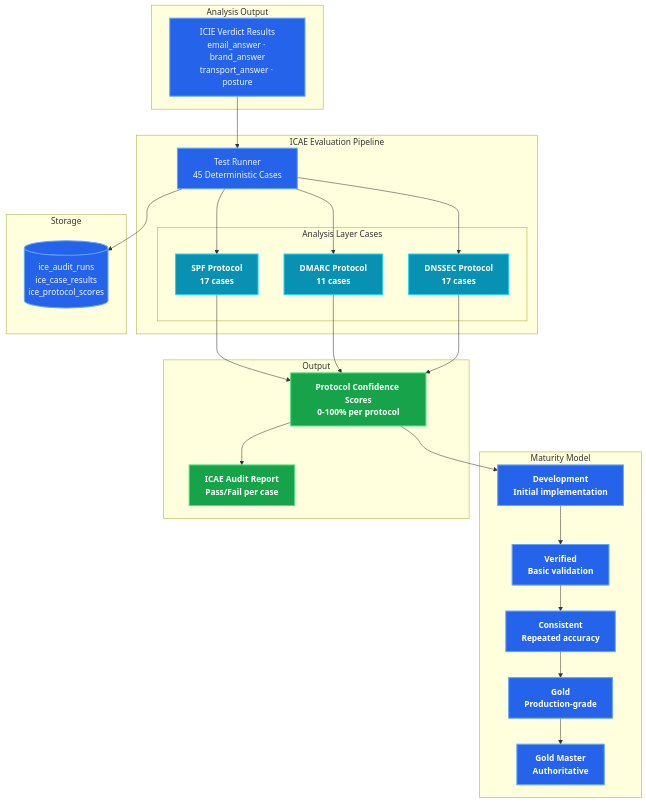
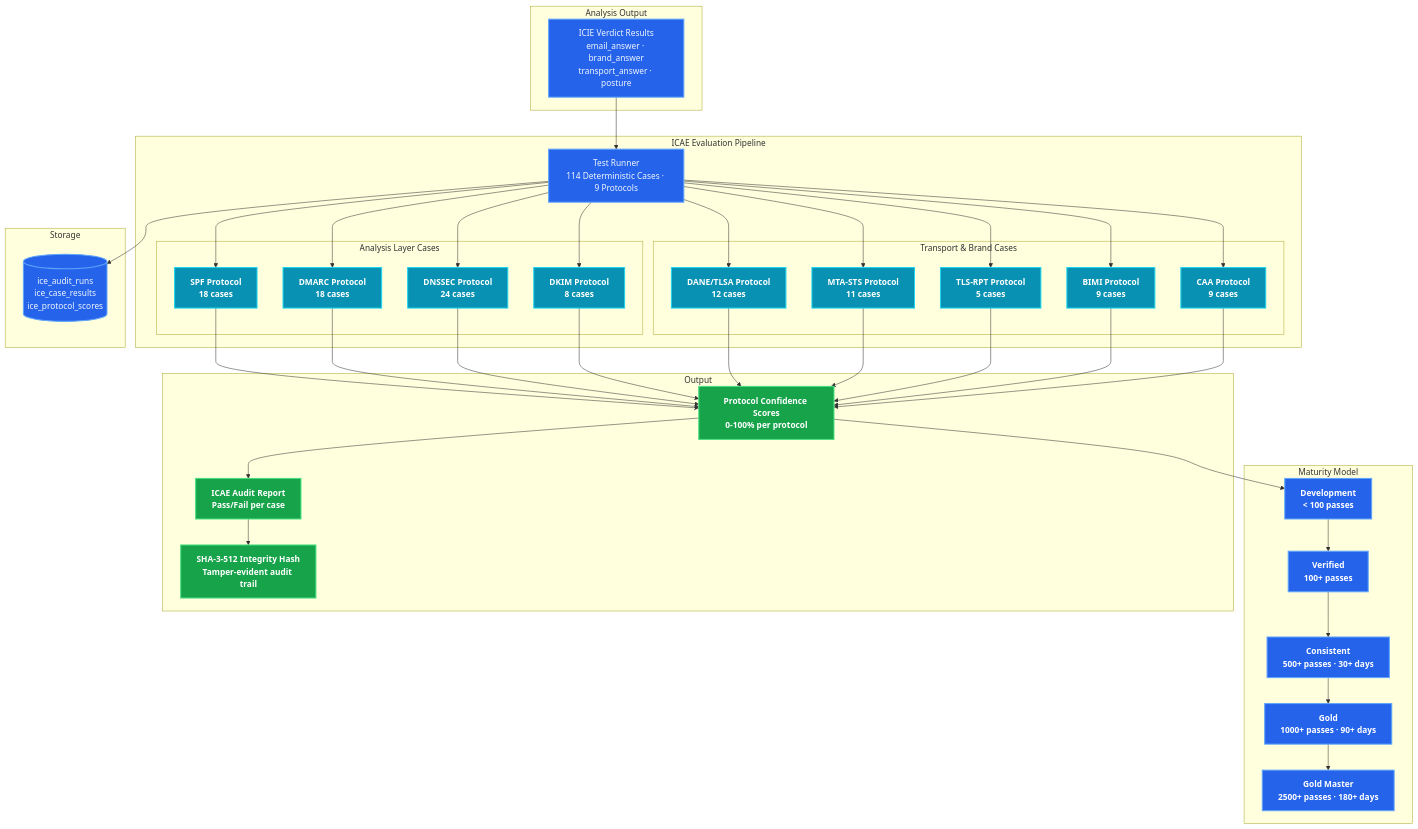
Before and after one commit to careyjames/DnsToolWeb: the third of 8 diagrams in docs/architecture/SYSTEM_ARCHITECTURE.md, drawn with Mermaid. The commit also changed other lines of this file and 5 other files, not shown here.

First line of the commit message:
Update website architecture and add new DMARC detection feature

````diff
--- a/docs/architecture/SYSTEM_ARCHITECTURE.md
+++ b/docs/architecture/SYSTEM_ARCHITECTURE.md
@@ -160,48 +175,62 @@
 ```mermaid
 graph TB
     subgraph "Analysis Output"
         Verdicts["ICIE Verdict Results<br/>email_answer · brand_answer<br/>transport_answer · posture"]
     end
 
     subgraph "ICAE Evaluation Pipeline"
-        Runner["Test Runner<br/>45 Deterministic Cases"]
+        Runner["Test Runner<br/>114 Deterministic Cases · 9 Protocols"]
         
         subgraph "Analysis Layer Cases"
-            SPFCases["SPF Protocol<br/>17 cases"]
-            DMARCCases["DMARC Protocol<br/>11 cases"]
-            DNSSECCases["DNSSEC Protocol<br/>17 cases"]
+            SPFCases["SPF Protocol<br/>18 cases"]
+            DMARCCases["DMARC Protocol<br/>18 cases"]
+            DNSSECCases["DNSSEC Protocol<br/>24 cases"]
+            DKIMCases["DKIM Protocol<br/>8 cases"]
+        end
+
+        subgraph "Transport & Brand Cases"
+            DANECases["DANE/TLSA Protocol<br/>12 cases"]
+            MTASTSCases["MTA-STS Protocol<br/>11 cases"]
+            TLSRPTCases["TLS-RPT Protocol<br/>5 cases"]
+            BIMICases["BIMI Protocol<br/>9 cases"]
+            CAACases["CAA Protocol<br/>9 cases"]
         end
     end
 
     subgraph "Maturity Model"
-        Dev["Development<br/>Initial implementation"]
-        Verified["Verified<br/>Basic validation"]
-        Consistent["Consistent<br/>Repeated accuracy"]
-        Gold["Gold<br/>Production-grade"]
-        Master["Gold Master<br/>Authoritative"]
+        Dev["Development<br/>< 100 passes"]
+        Verified["Verified<br/>100+ passes"]
+        Consistent["Consistent<br/>500+ passes · 30+ days"]
+        Gold["Gold<br/>1000+ passes · 90+ days"]
+        Master["Gold Master<br/>2500+ passes · 180+ days"]
     end
 
     subgraph "Storage"
         DB[("ice_audit_runs<br/>ice_case_results<br/>ice_protocol_scores")]
     end
 
     subgraph "Output"
         Scores["Protocol Confidence Scores<br/>0-100% per protocol"]
         Report["ICAE Audit Report<br/>Pass/Fail per case"]
+        Hash["SHA-3-512 Integrity Hash<br/>Tamper-evident audit trail"]
     end
 
     Verdicts --> Runner
-    Runner --> SPFCases & DMARCCases & DNSSECCases
-    SPFCases & DMARCCases & DNSSECCases --> Scores
+    Runner --> SPFCases & DMARCCases & DNSSECCases & DKIMCases
+    Runner --> DANECases & MTASTSCases & TLSRPTCases & BIMICases & CAACases
+    SPFCases & DMARCCases & DNSSECCases & DKIMCases --> Scores
+    DANECases & MTASTSCases & TLSRPTCases & BIMICases & CAACases --> Scores
     Scores --> Dev --> Verified --> Consistent --> Gold --> Master
     Runner --> DB
     Scores --> Report
+    Report --> Hash
 
     classDef default fill:#2563eb,stroke:#60a5fa,stroke-width:2px,color:#f0f6fc
     classDef maturity fill:#2563eb,stroke:#60a5fa,stroke-width:2px,color:#fff,font-weight:bold
     classDef cases fill:#0891b2,stroke:#22d3ee,stroke-width:2px,color:#fff,font-weight:bold
     classDef output fill:#16a34a,stroke:#4ade80,stroke-width:2px,color:#fff,font-weight:bold
     class Dev,Verified,Consistent,Gold,Master maturity
-    class SPFCases,DMARCCases,DNSSECCases cases
-    class Scores,Report output
+    class SPFCases,DMARCCases,DNSSECCases,DKIMCases cases
+    class DANECases,MTASTSCases,TLSRPTCases,BIMICases,CAACases cases
+    class Scores,Report,Hash output
 ```
````
